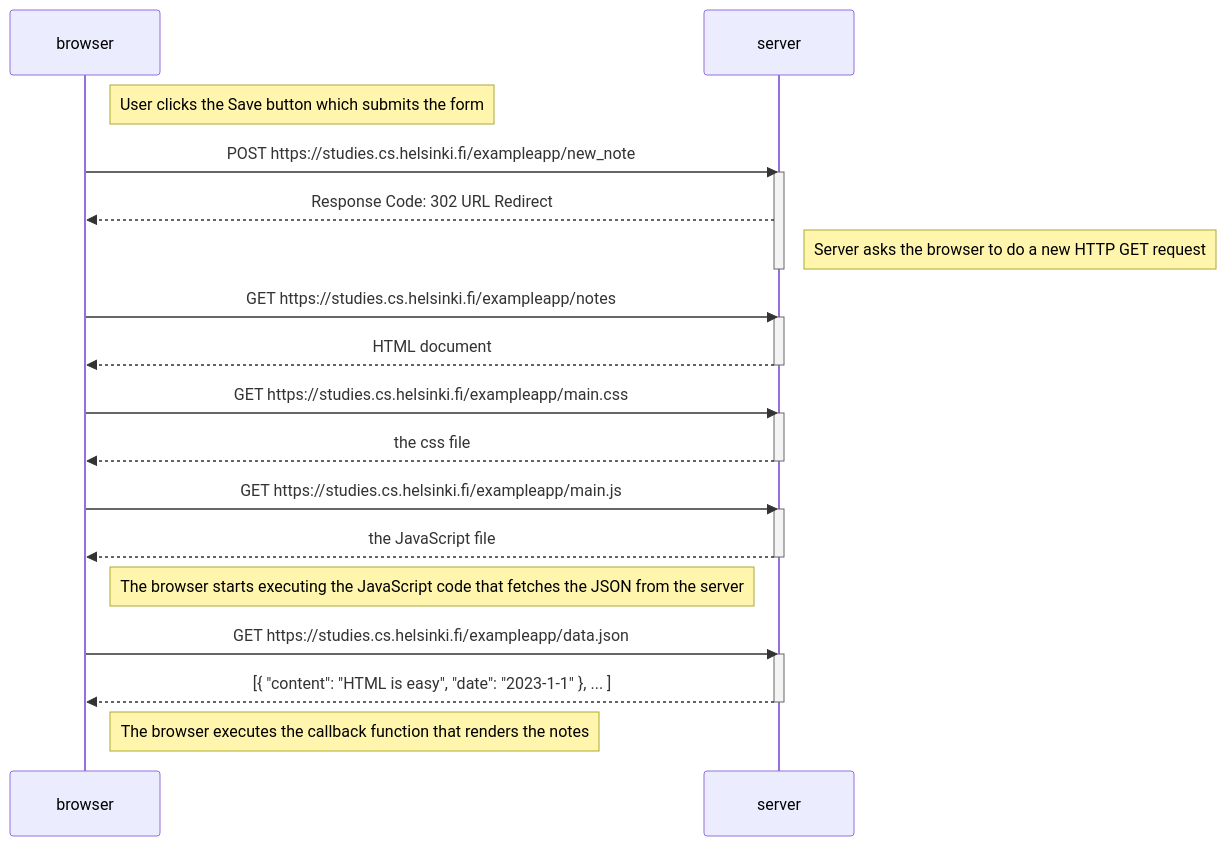
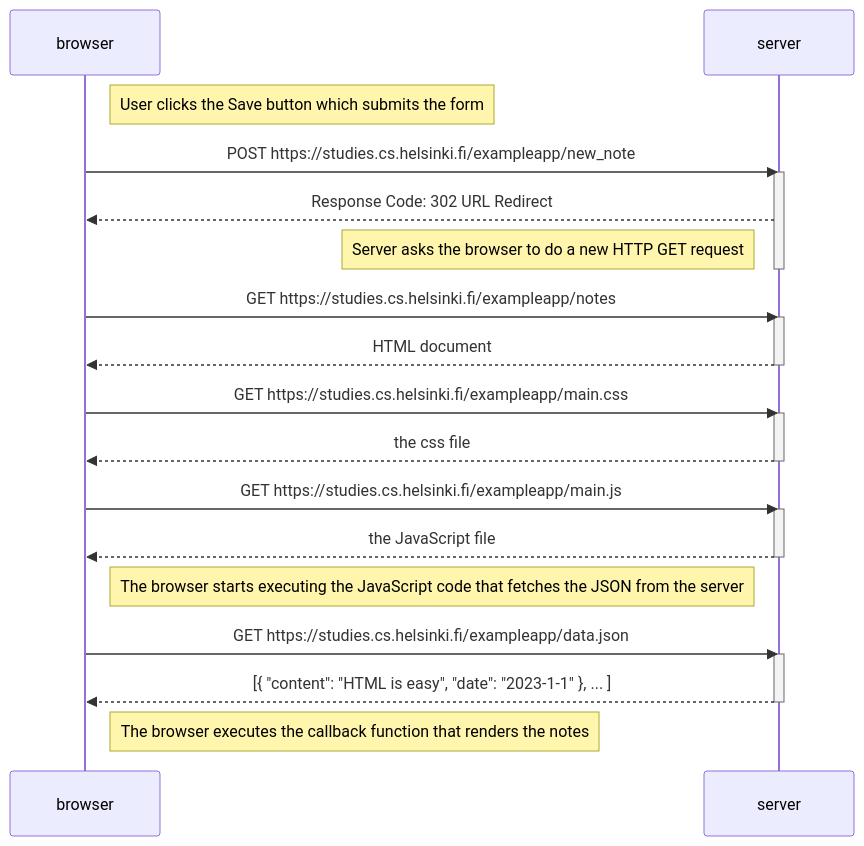
The diagram in part0/0.4_new_note_diagram.md (Tylereck81/fullstack), drawn with Mermaid before and after one commit.

Commit message:
Third draft 0.4

````diff
--- a/part0/0.4_new_note_diagram.md
+++ b/part0/0.4_new_note_diagram.md
@@ -1,37 +1,37 @@
 ```mermaid
 sequenceDiagram
     participant browser
     participant server
 
     Note right of browser: User clicks the Save button which submits the form 
 
     browser->>server: POST https://studies.cs.helsinki.fi/exampleapp/new_note
     activate server
     server-->>browser: Response Code: 302 URL Redirect
-    Note right of server: Server asks the browser to do a new HTTP GET request
+    Note left of server: Server asks the browser to do a new HTTP GET request
     deactivate server
 
     browser->>server: GET https://studies.cs.helsinki.fi/exampleapp/notes
     activate server
     server-->>browser: HTML document
     deactivate server
 
     browser->>server: GET https://studies.cs.helsinki.fi/exampleapp/main.css
     activate server
     server-->>browser: the css file
     deactivate server
 
     browser->>server: GET https://studies.cs.helsinki.fi/exampleapp/main.js
     activate server
     server-->>browser: the JavaScript file
     deactivate server
 
     Note right of browser: The browser starts executing the JavaScript code that fetches the JSON from the server
 
     browser->>server: GET https://studies.cs.helsinki.fi/exampleapp/data.json
     activate server
     server-->>browser: [{ "content": "HTML is easy", "date": "2023-1-1" }, ... ]
     deactivate server
 
     Note right of browser: The browser executes the callback function that renders the notes
 ```
````
